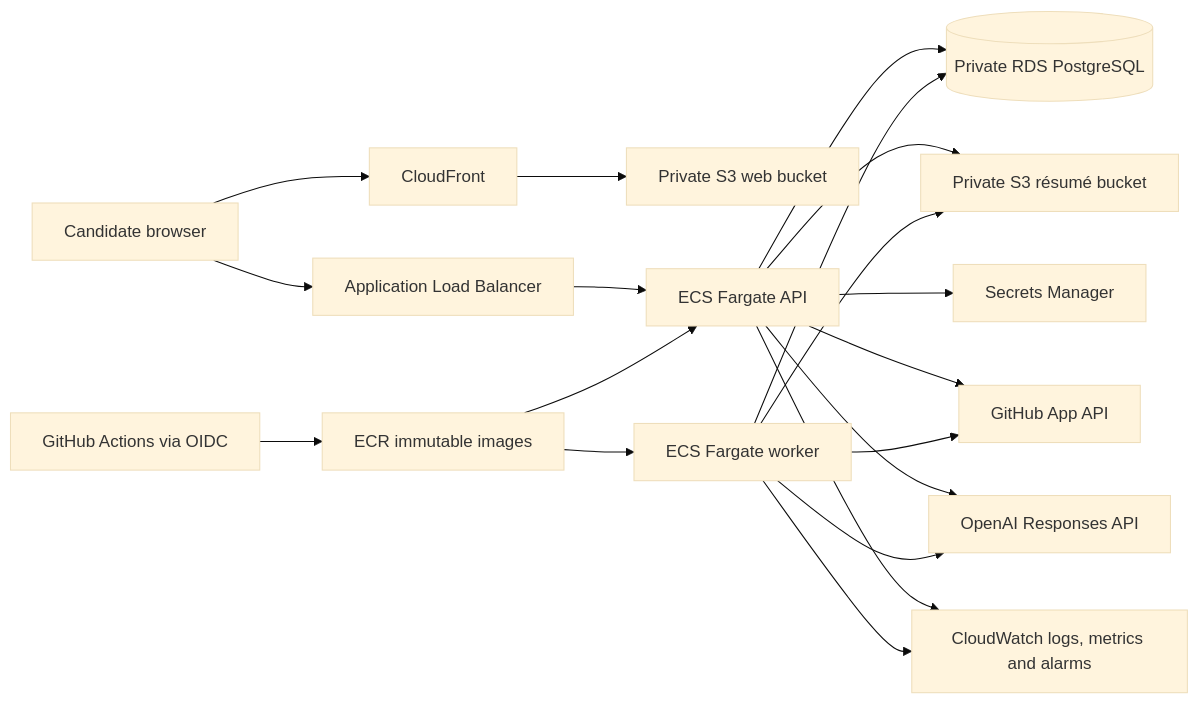
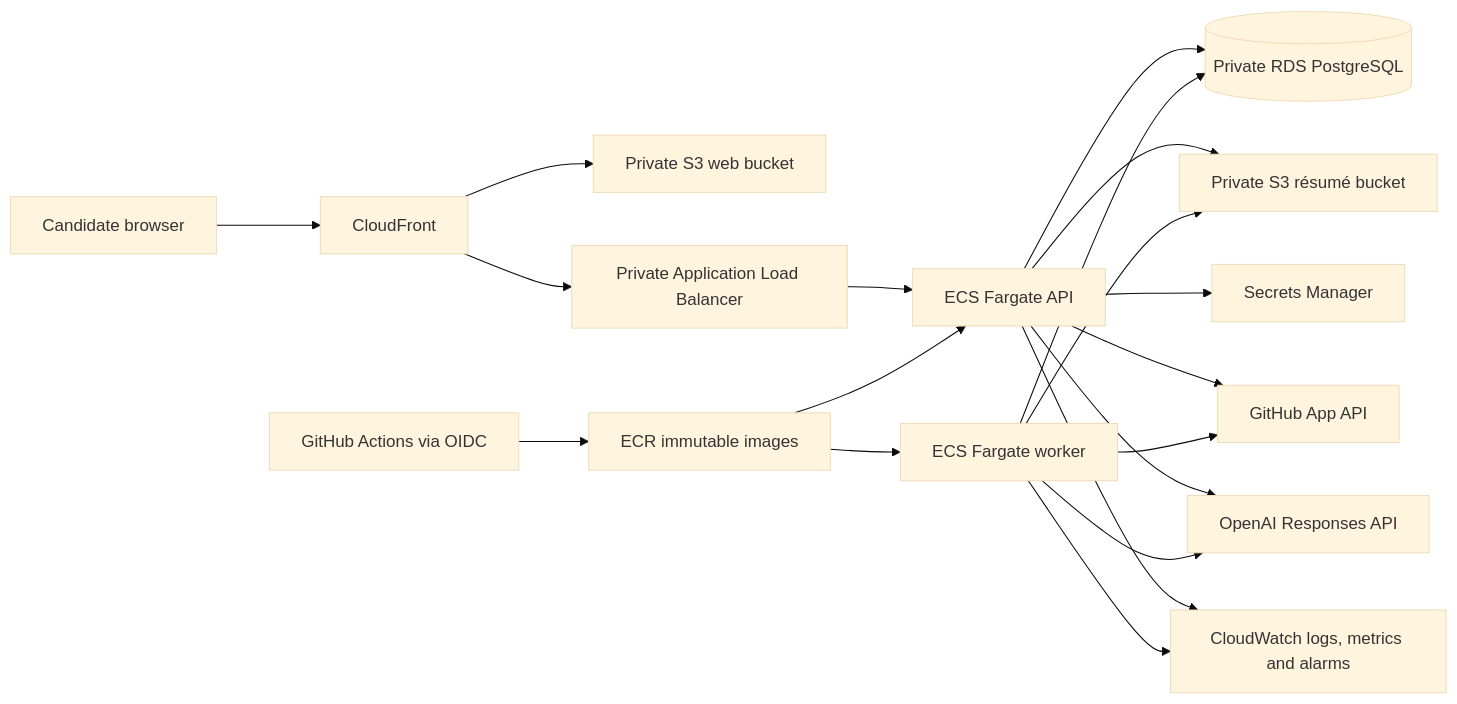
One commit to mausalinass/ProofPath changed the diagram in docs/Architecture.md. Above: the diagram before and after it, drawn with Mermaid (base theme). The commit also changed other lines of this file and 9 other files, not shown here.

````diff
--- a/docs/Architecture.md
+++ b/docs/Architecture.md
@@ -3,21 +3,21 @@
 ```mermaid
 flowchart LR
   U[Candidate browser] --> CF[CloudFront]
   CF --> WEB[Private S3 web bucket]
-  U --> ALB[Application Load Balancer]
+  CF --> ALB[Private Application Load Balancer]
   ALB --> API[ECS Fargate API]
   API --> DB[(Private RDS PostgreSQL)]
   API --> RES[Private S3 résumé bucket]
   API --> SEC[Secrets Manager]
   API --> GH[GitHub App API]
   API --> OAI[OpenAI Responses API]
   WORK[ECS Fargate worker] --> DB
   WORK --> RES
   WORK --> GH
   WORK --> OAI
   API --> CW[CloudWatch logs, metrics and alarms]
   WORK --> CW
   GHA[GitHub Actions via OIDC] --> ECR[ECR immutable images]
   ECR --> API
   ECR --> WORK
 ```
````
